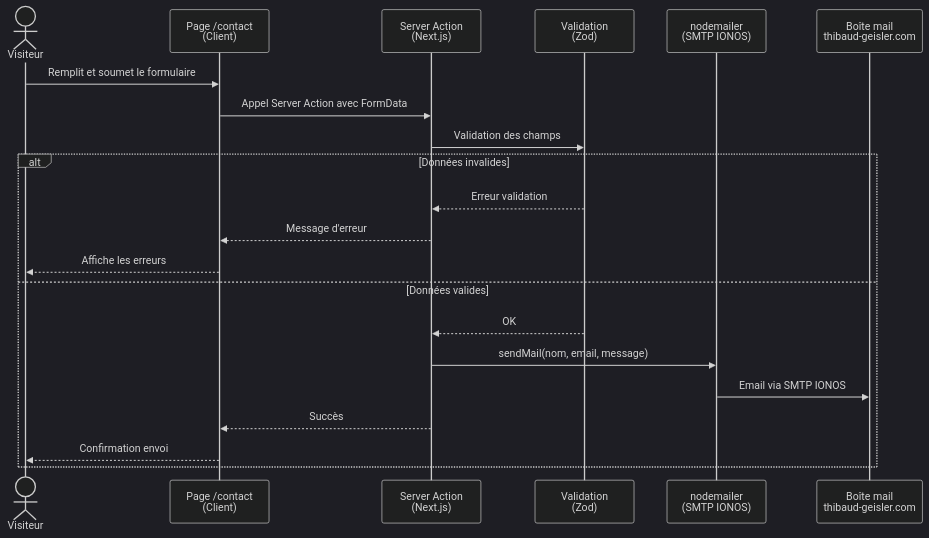
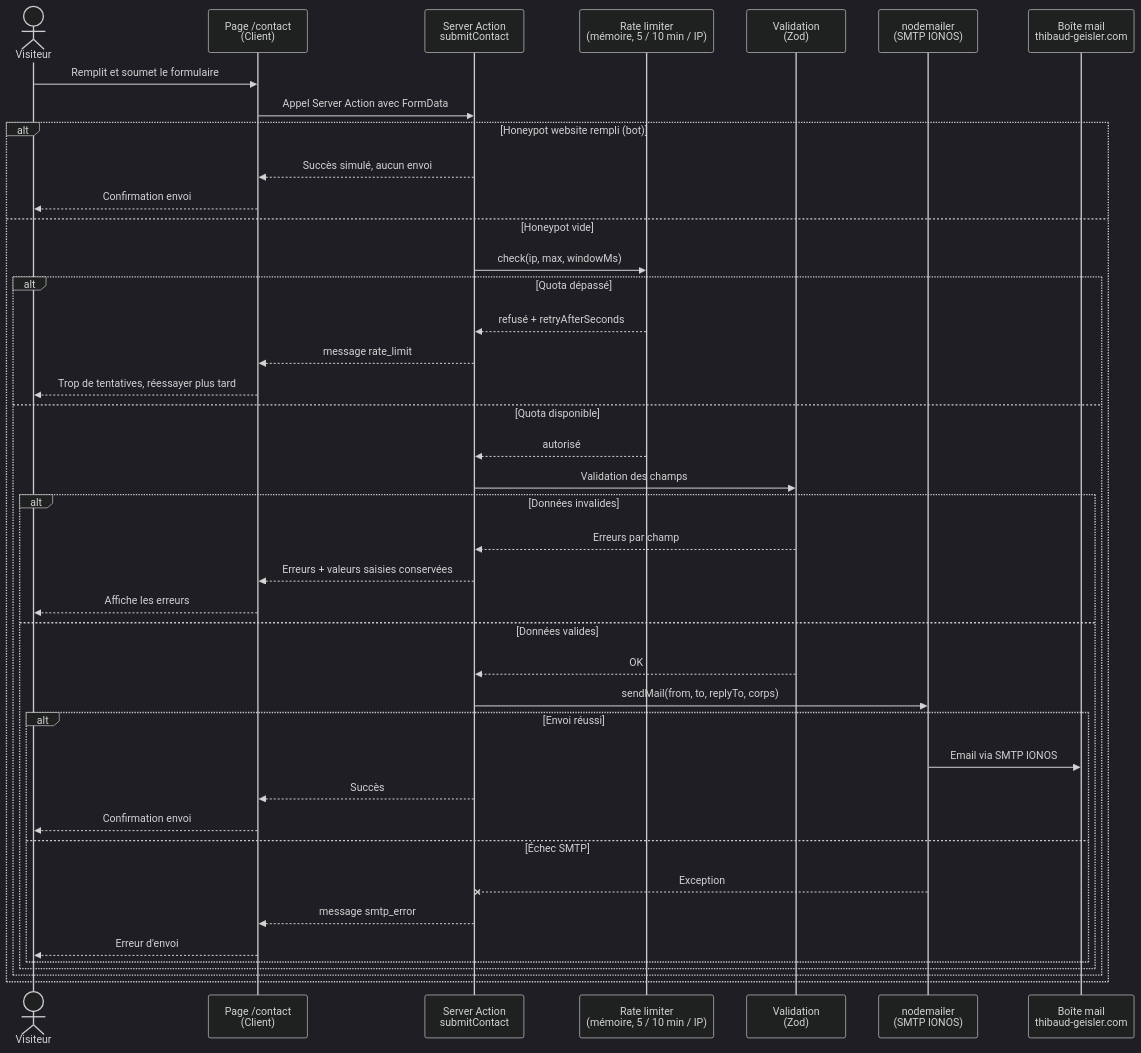
The third of 4 diagrams in docs/ARCHITECTURE.md (thibaud57/thibaud-geisler-portfolio), drawn with Mermaid (dark theme) before and after one commit. The commit also changed other lines of this file and 108 other files, not shown here.

````diff
--- a/docs/ARCHITECTURE.md
+++ b/docs/ARCHITECTURE.md
@@ -293,24 +335,44 @@
 ```mermaid
 sequenceDiagram
     actor Visiteur
     participant Page as Page /contact<br>(Client)
-    participant Action as Server Action<br>(Next.js)
+    participant Action as Server Action<br>submitContact
+    participant Limiter as Rate limiter<br>(mémoire, 5 / 10 min / IP)
     participant Zod as Validation<br>(Zod)
     participant Mailer as nodemailer<br>(SMTP IONOS)
     participant Email as Boîte mail<br>thibaud-geisler.com
 
     Visiteur->>Page: Remplit et soumet le formulaire
     Page->>Action: Appel Server Action avec FormData
-    Action->>Zod: Validation des champs
-    alt Données invalides
-        Zod-->>Action: Erreur validation
-        Action-->>Page: Message d'erreur
-        Page-->>Visiteur: Affiche les erreurs
-    else Données valides
-        Zod-->>Action: OK
-        Action->>Mailer: sendMail(nom, email, message)
-        Mailer->>Email: Email via SMTP IONOS
-        Action-->>Page: Succès
+    alt Honeypot website rempli (bot)
+        Action-->>Page: Succès simulé, aucun envoi
         Page-->>Visiteur: Confirmation envoi
+    else Honeypot vide
+        Action->>Limiter: check(ip, max, windowMs)
+        alt Quota dépassé
+            Limiter-->>Action: refusé + retryAfterSeconds
+            Action-->>Page: message rate_limit
+            Page-->>Visiteur: Trop de tentatives, réessayer plus tard
+        else Quota disponible
+            Limiter-->>Action: autorisé
+            Action->>Zod: Validation des champs
+            alt Données invalides
+                Zod-->>Action: Erreurs par champ
+                Action-->>Page: Erreurs + valeurs saisies conservées
+                Page-->>Visiteur: Affiche les erreurs
+            else Données valides
+                Zod-->>Action: OK
+                Action->>Mailer: sendMail(from, to, replyTo, corps)
+                alt Envoi réussi
+                    Mailer->>Email: Email via SMTP IONOS
+                    Action-->>Page: Succès
+                    Page-->>Visiteur: Confirmation envoi
+                else Échec SMTP
+                    Mailer--xAction: Exception
+                    Action-->>Page: message smtp_error
+                    Page-->>Visiteur: Erreur d'envoi
+                end
+            end
+        end
     end
 ```
````
